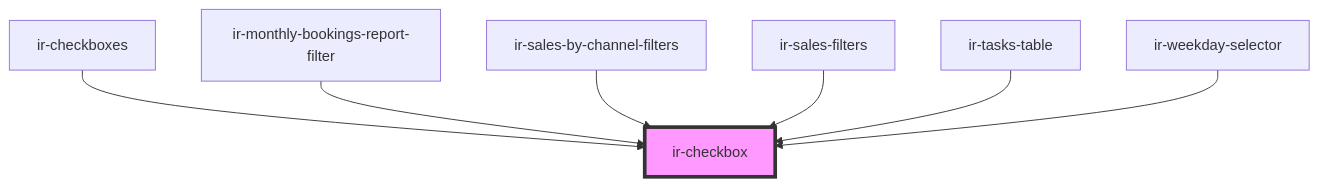
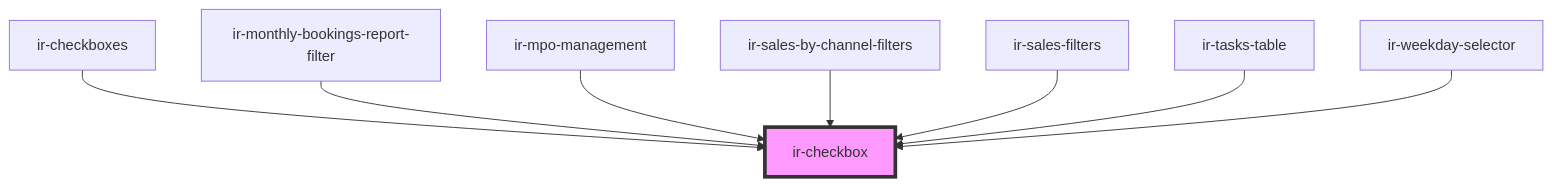
One commit to David1Chowaifaty/modified-ir-webcmp changed the diagram in src/components/ui/ir-checkbox/readme.md. Above: the diagram before and after it, drawn with Mermaid. The commit also changed other lines of this file and 36 other files, not shown here.

First line of the commit message:
Add IrImageUpload and IrMpoManagement components with associated styles and functionality

````diff
--- a/src/components/ui/ir-checkbox/readme.md
+++ b/src/components/ui/ir-checkbox/readme.md
@@ -40,10 +41,11 @@
 ```mermaid
 graph TD;
   ir-checkboxes --> ir-checkbox
   ir-monthly-bookings-report-filter --> ir-checkbox
+  ir-mpo-management --> ir-checkbox
   ir-sales-by-channel-filters --> ir-checkbox
   ir-sales-filters --> ir-checkbox
   ir-tasks-table --> ir-checkbox
   ir-weekday-selector --> ir-checkbox
   style ir-checkbox fill:#f9f,stroke:#333,stroke-width:4px
 ```
````
